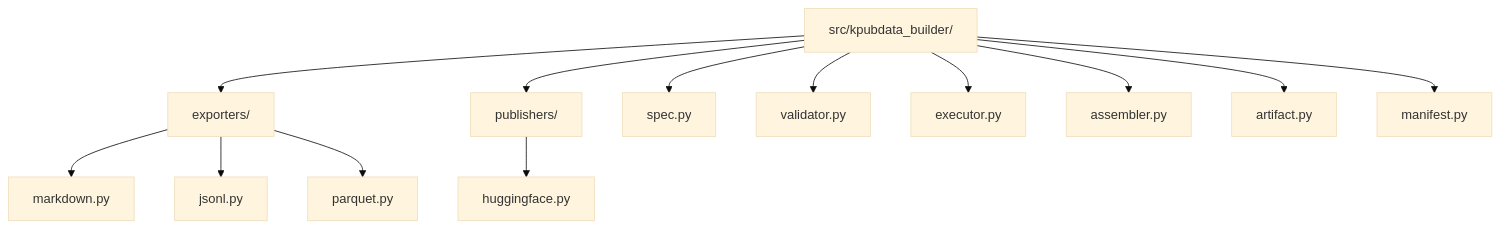
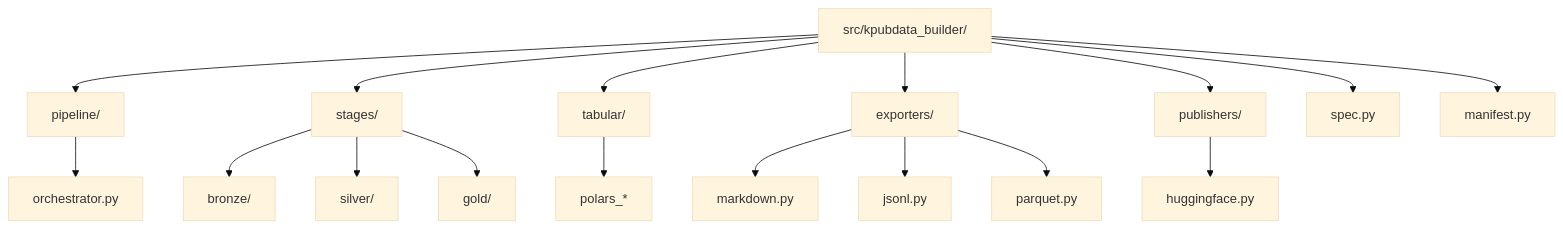
Before and after one commit to yeongseon/kpubdata-builder: the second of 3 diagrams in AGENTS.md, drawn with Mermaid (base theme). The commit also changed other lines of this file and 1 other file, not shown here.

````diff
--- a/AGENTS.md
+++ b/AGENTS.md
@@ -106,17 +116,21 @@
 ```mermaid
 graph TD
-    ROOT[src/kpubdata_builder/] --> E[exporters/]
+    ROOT[src/kpubdata_builder/] --> PL[pipeline/]
+    ROOT --> ST[stages/]
+    ROOT --> TB[tabular/]
+    ROOT --> E[exporters/]
     ROOT --> P[publishers/]
     ROOT --> S[spec.py]
-    ROOT --> V[validator.py]
-    ROOT --> EX[executor.py]
-    ROOT --> A[assembler.py]
-    ROOT --> ART[artifact.py]
     ROOT --> M[manifest.py]
     
+    PL --> ORCH[orchestrator.py]
+    ST --> BR[bronze/]
+    ST --> SI[silver/]
+    ST --> GO[gold/]
+    TB --> PO[polars_*]
     E --> ME[markdown.py]
     E --> JE[jsonl.py]
     E --> PE[parquet.py]
     
     P --> HP[huggingface.py]
 ```
````
